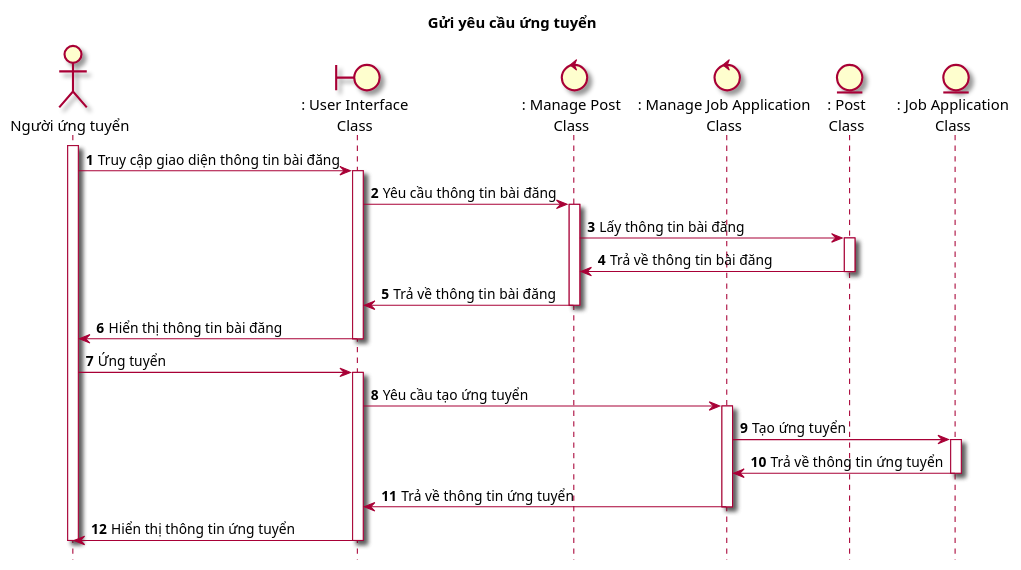
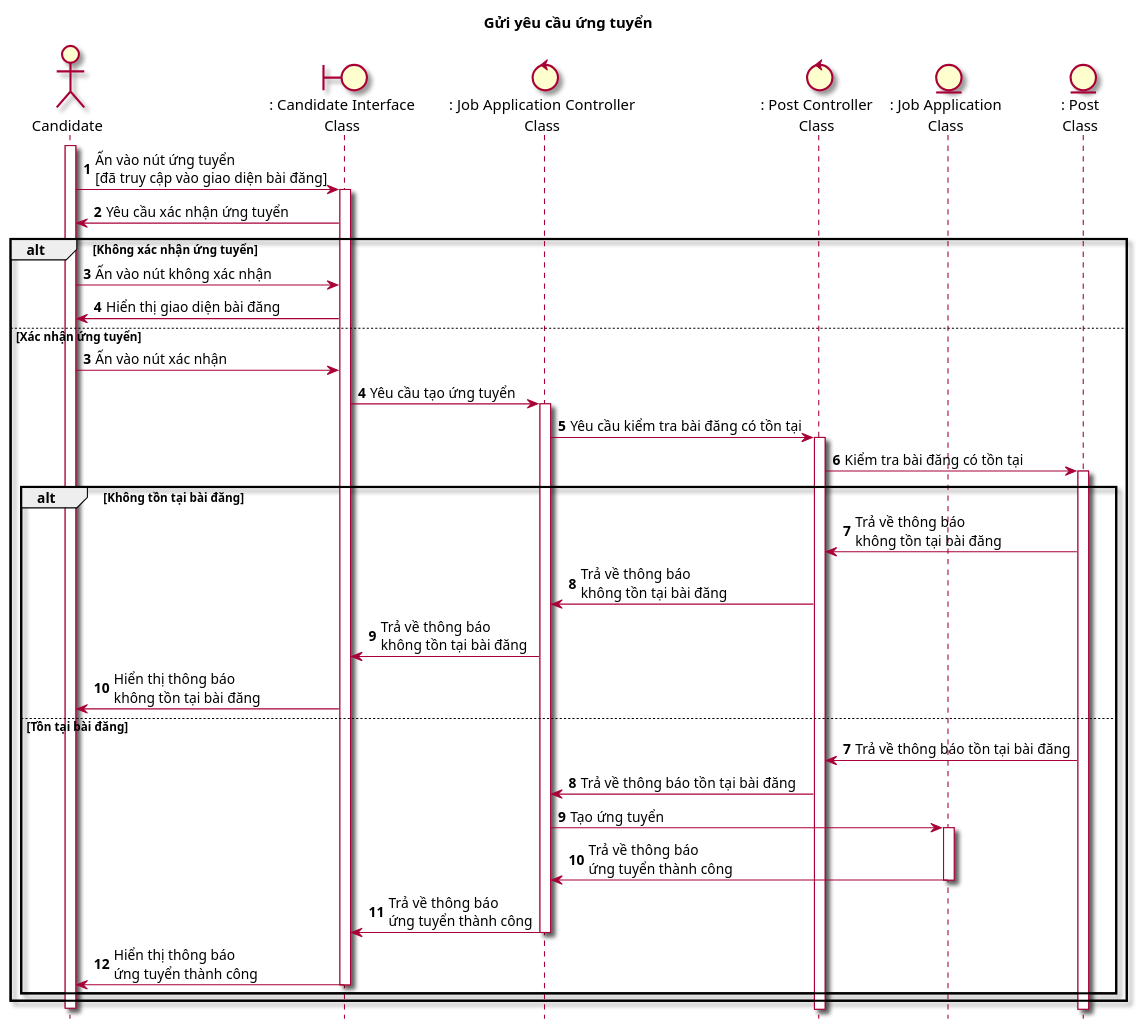
One commit to Griselda4774/EAS-EmploymentAssistanceSystem changed the diagram in Lab1/Lab 1.2 Diagram/Sequence/FilePUML/9.1. SeqNopYeuCauUngTuyen.puml. Above: the diagram before and after it, drawn with PlantUML. The commit also changed 14 other files, not shown here.

```diff
--- a/Lab1/Lab 1.2 Diagram/Sequence/FilePUML/9.1. SeqNopYeuCauUngTuyen.puml
+++ b/Lab1/Lab 1.2 Diagram/Sequence/FilePUML/9.1. SeqNopYeuCauUngTuyen.puml
@@ -1,29 +1,44 @@
 @startuml SeqGuiYeuCauUngTuyen
 
 skin rose
 hide footbox
 title Gửi yêu cầu ứng tuyển
 
-actor "Người ứng tuyển" as nguoiUngTuyen
-boundary ": User Interface\nClass" as userInterface
-control ": Manage Post\nClass" as managePost
-control ": Manage Job Application\nClass" as manageJobApplication
+actor Candidate as candidate
+boundary ": Candidate Interface\nClass" as candidateInterface
+control ": Job Application Controller\nClass" as jobApplicationController
+control ": Post Controller\nClass" as postController
+entity ": Job Application\nClass" as jobApplicationClass
 entity ": Post\nClass" as postClass
-entity ": Job Application\nClass" as jobApplicationClass
 
 autonumber
-nguoiUngTuyen++
-nguoiUngTuyen -> userInterface++: Truy cập giao diện thông tin bài đăng
-userInterface -> managePost++: Yêu cầu thông tin bài đăng
-managePost -> postClass++: Lấy thông tin bài đăng
-postClass -> managePost--: Trả về thông tin bài đăng
-managePost -> userInterface--: Trả về thông tin bài đăng
-userInterface -> nguoiUngTuyen--: Hiển thị thông tin bài đăng
-nguoiUngTuyen -> userInterface++: Ứng tuyển
-userInterface -> manageJobApplication++: Yêu cầu tạo ứng tuyển
-manageJobApplication -> jobApplicationClass++: Tạo ứng tuyển
-jobApplicationClass -> manageJobApplication--: Trả về thông tin ứng tuyển
-manageJobApplication -> userInterface--: Trả về thông tin ứng tuyển
-userInterface -> nguoiUngTuyen--: Hiển thị thông tin ứng tuyển
-nguoiUngTuyen--
+candidate++
+candidate -> candidateInterface++: Ấn vào nút ứng tuyển\n[đã truy cập vào giao diện bài đăng]
+candidateInterface -> candidate: Yêu cầu xác nhận ứng tuyển
+alt Không xác nhận ứng tuyển
+    candidate -> candidateInterface: Ấn vào nút không xác nhận
+    candidateInterface -> candidate: Hiển thị giao diện bài đăng
+else Xác nhận ứng tuyển
+    autonumber 3
+    candidate -> candidateInterface: Ấn vào nút xác nhận
+    candidateInterface -> jobApplicationController++: Yêu cầu tạo ứng tuyển
+    jobApplicationController -> postController++: Yêu cầu kiểm tra bài đăng có tồn tại
+    postController -> postClass++: Kiểm tra bài đăng có tồn tại
+    alt Không tồn tại bài đăng
+        postClass -> postController: Trả về thông báo\nkhông tồn tại bài đăng
+        postController -> jobApplicationController: Trả về thông báo\nkhông tồn tại bài đăng
+        jobApplicationController -> candidateInterface: Trả về thông báo\nkhông tồn tại bài đăng
+        candidateInterface -> candidate: Hiển thị thông báo\nkhông tồn tại bài đăng
+    else Tồn tại bài đăng
+        autonumber 7
+        postClass -> postController: Trả về thông báo tồn tại bài đăng
+        postController -> jobApplicationController: Trả về thông báo tồn tại bài đăng
+        jobApplicationController -> jobApplicationClass++: Tạo ứng tuyển
+        jobApplicationClass -> jobApplicationController--: Trả về thông báo\nứng tuyển thành công
+        jobApplicationController -> candidateInterface--: Trả về thông báo\nứng tuyển thành công
+        candidateInterface -> candidate--: Hiển thị thông báo\nứng tuyển thành công
+        end
+end
+candidate--
+
 @enduml
```
